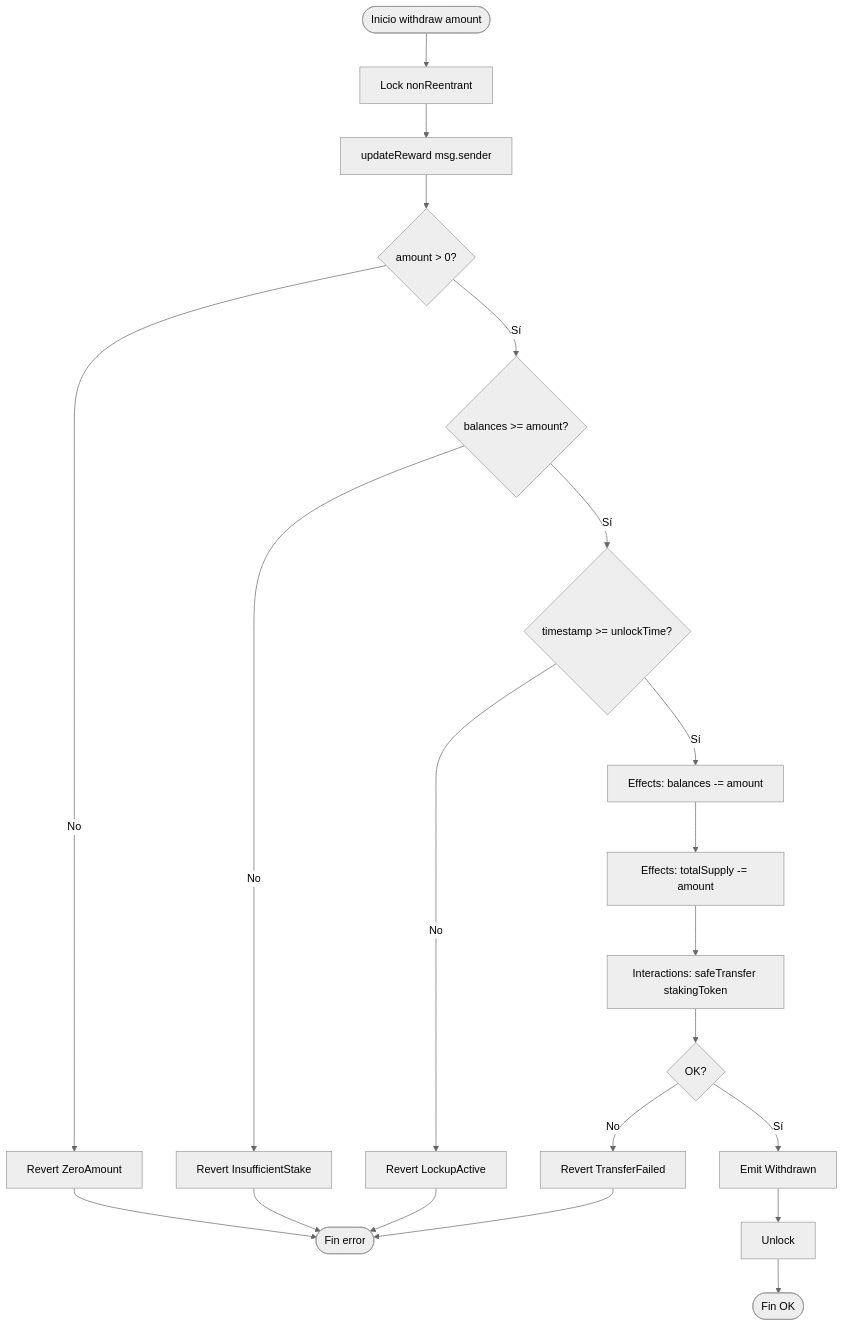
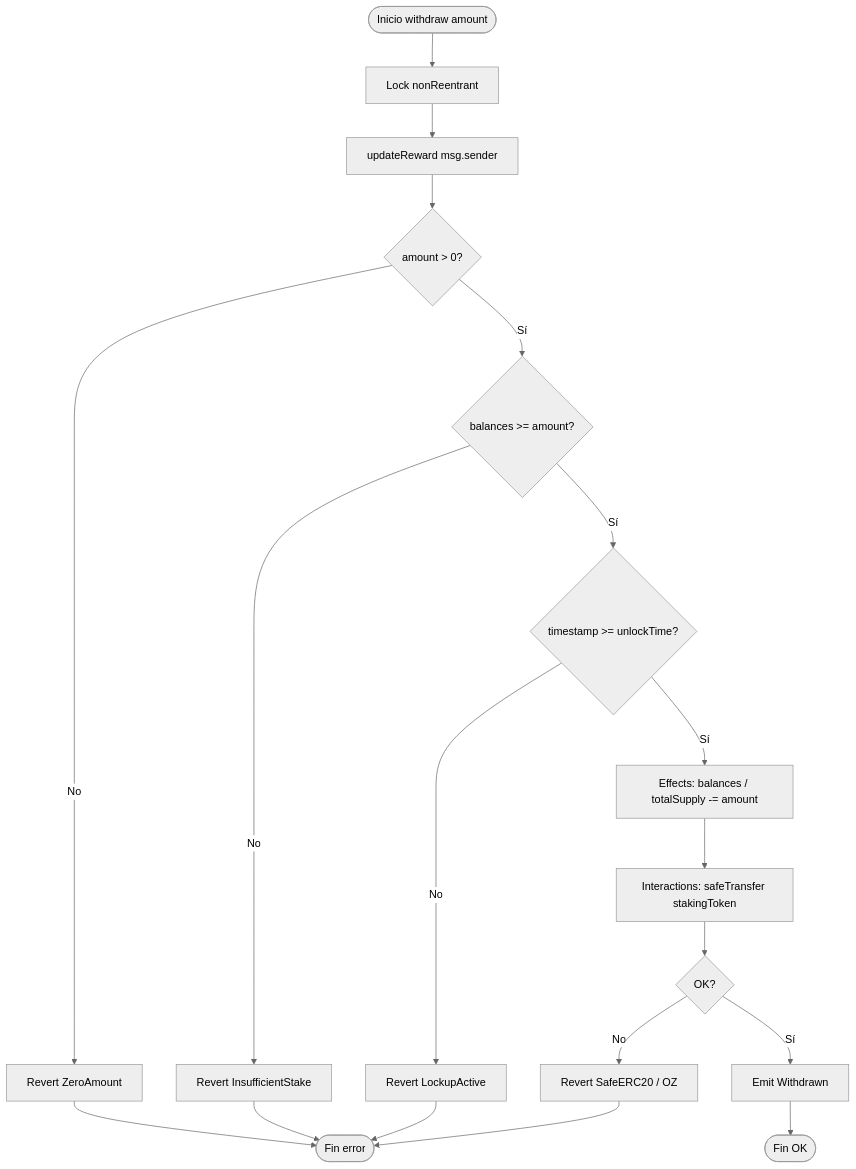
One commit to rastrahm/staking changed the fifth of 10 diagrams in doc/03-flujograma.md. Above: the diagram before and after it, drawn with Mermaid (neutral theme). The commit also changed other lines of this file and 9 other files, not shown here.

````diff
--- a/doc/03-flujograma.md
+++ b/doc/03-flujograma.md
@@ -76,23 +78,21 @@
 ```mermaid
 flowchart TD
     A([Inicio withdraw amount]) --> B[Lock nonReentrant]
     B --> C[updateReward msg.sender]
     C --> D{amount > 0?}
     D -->|No| E[Revert ZeroAmount]
     E --> Z([Fin error])
     D -->|Sí| F{balances >= amount?}
     F -->|No| G[Revert InsufficientStake]
     G --> Z
     F -->|Sí| H{timestamp >= unlockTime?}
     H -->|No| I[Revert LockupActive]
     I --> Z
-    H -->|Sí| J[Effects: balances -= amount]
-    J --> K[Effects: totalSupply -= amount]
-    K --> L[Interactions: safeTransfer stakingToken]
+    H -->|Sí| J[Effects: balances / totalSupply -= amount]
+    J --> L[Interactions: safeTransfer stakingToken]
     L --> M{OK?}
-    M -->|No| N[Revert TransferFailed]
+    M -->|No| N[Revert SafeERC20 / OZ]
     N --> Z
     M -->|Sí| O[Emit Withdrawn]
-    O --> P[Unlock]
-    P --> Q([Fin OK])
+    O --> Q([Fin OK])
 ```
````
